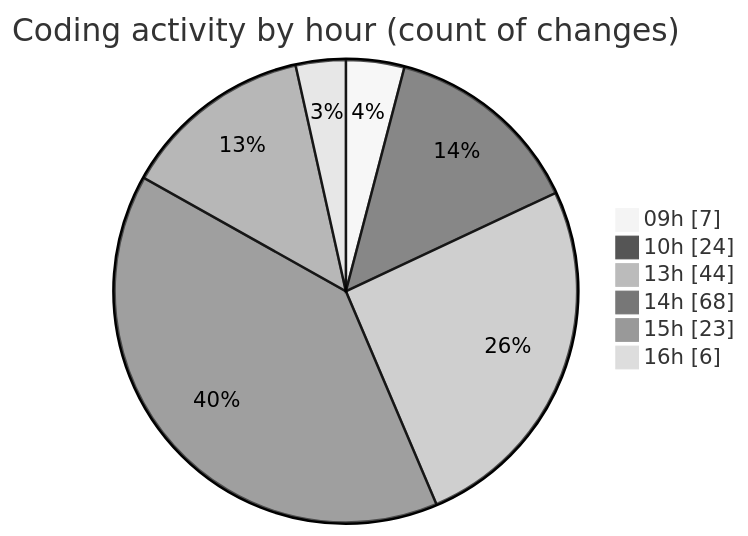
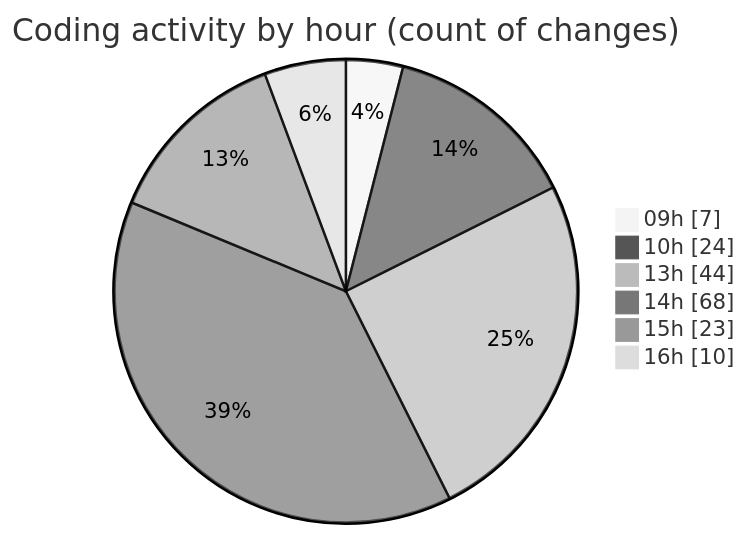
Before and after one commit to momahboobian/code-tracking: the second of 2 diagrams in 2025-04-10/cda/README.md, drawn with Mermaid (neutral theme). The commit also changed other lines of this file and 1 other file, not shown here.

````diff
--- a/2025-04-10/cda/README.md
+++ b/2025-04-10/cda/README.md
@@ -35,10 +35,10 @@
 ```mermaid
 pie showData
 title Coding activity by hour (count of changes)
 "09h" : 7
 "10h" : 24
 "13h" : 44
 "14h" : 68
 "15h" : 23
-"16h" : 6
+"16h" : 10
 ```
````
